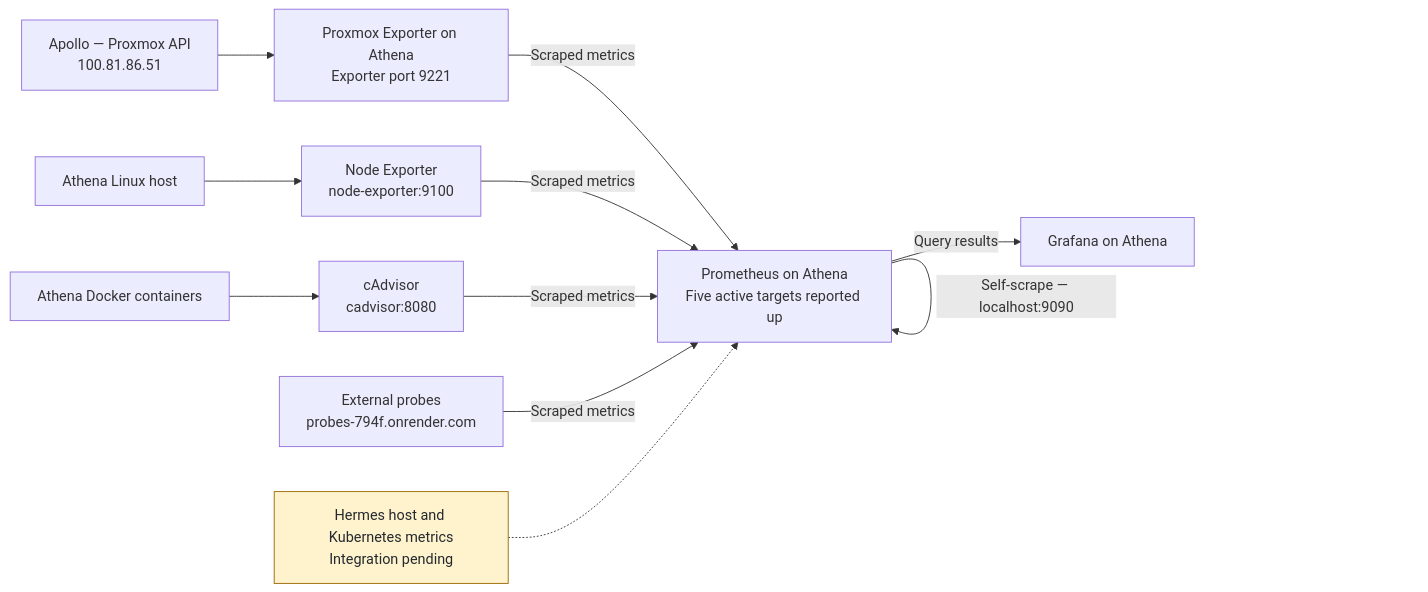
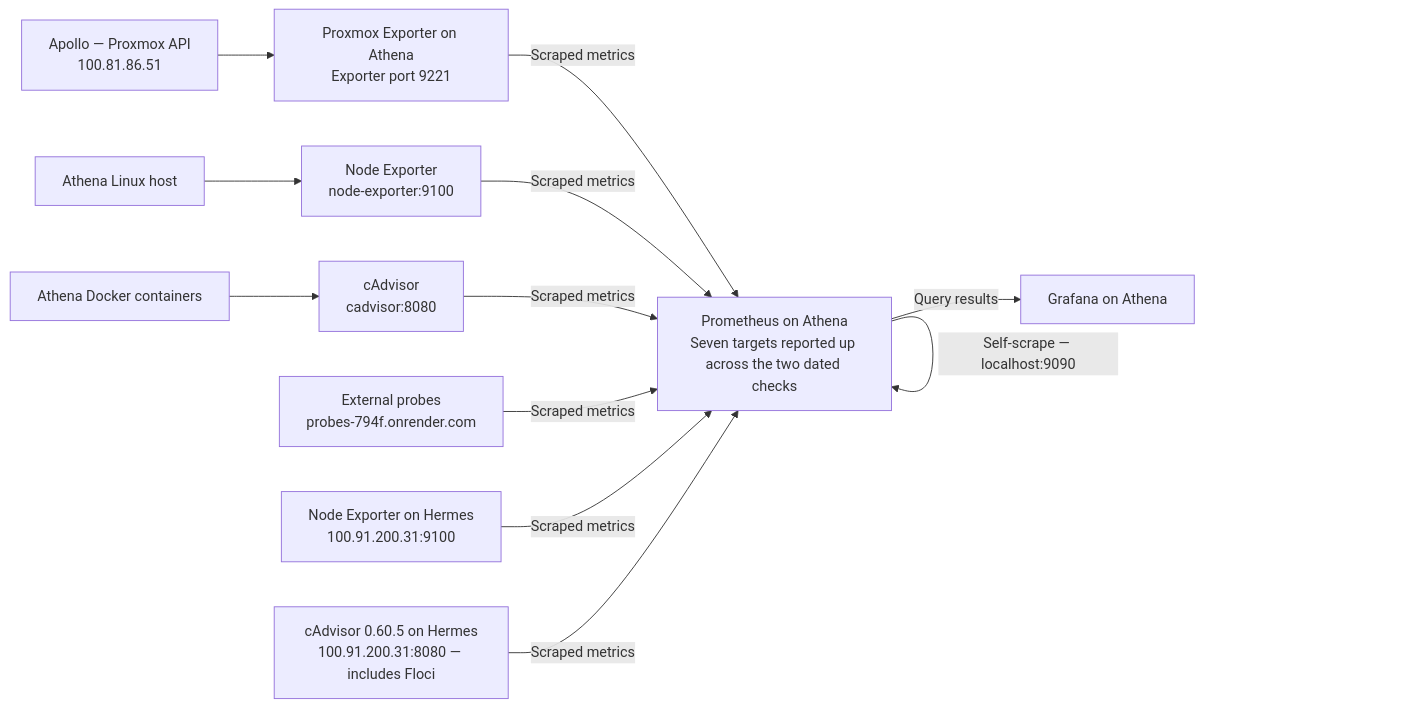
The diagram in diagrams/metrics-flow.mmd (SwapnajXD/HomeLab), drawn with Mermaid before and after one commit. The commit also changed 18 other files, not shown here.

Commit message:
docs: finalize September 14 homelab baseline and diagrams

```diff
--- a/diagrams/metrics-flow.mmd
+++ b/diagrams/metrics-flow.mmd
@@ -1,17 +1,16 @@
-%% Olympus V2 — operator-reported baseline 2026-09-12; no new live audit.
+%% Olympus V2 — operator-reported baseline 2026-09-12 with 2026-09-14 continuation; no new live audit.
 flowchart LR
     %% Arrows show metric data flow, not connection initiation.
     Apollo["Apollo — Proxmox API<br/>100.81.86.51"] --> PVE["Proxmox Exporter on Athena<br/>Exporter port 9221"]
     Athena["Athena Linux host"] --> Node["Node Exporter<br/>node-exporter:9100"]
     Docker["Athena Docker containers"] --> Cadvisor["cAdvisor<br/>cadvisor:8080"]
     Probes["External probes<br/>probes-794f.onrender.com"]
-    Prom["Prometheus on Athena<br/>Five active targets reported up"]
+    Prom["Prometheus on Athena<br/>Seven targets reported up across the two dated checks"]
     PVE -->|Scraped metrics| Prom
     Node -->|Scraped metrics| Prom
     Cadvisor -->|Scraped metrics| Prom
     Probes -->|Scraped metrics| Prom
     Prom -->|Self-scrape — localhost:9090| Prom
     Prom -->|Query results| Grafana["Grafana on Athena"]
-    Hermes["Hermes host and Kubernetes metrics<br/>Integration pending"] -.-> Prom
-    classDef pending fill:#fff3cd,stroke:#9a6700,color:#24292f;
-    class Hermes pending;
+    HermesNode["Node Exporter on Hermes<br/>100.91.200.31:9100"] -->|Scraped metrics| Prom
+    HermesCadvisor["cAdvisor 0.60.5 on Hermes<br/>100.91.200.31:8080 — includes Floci"] -->|Scraped metrics| Prom
```
